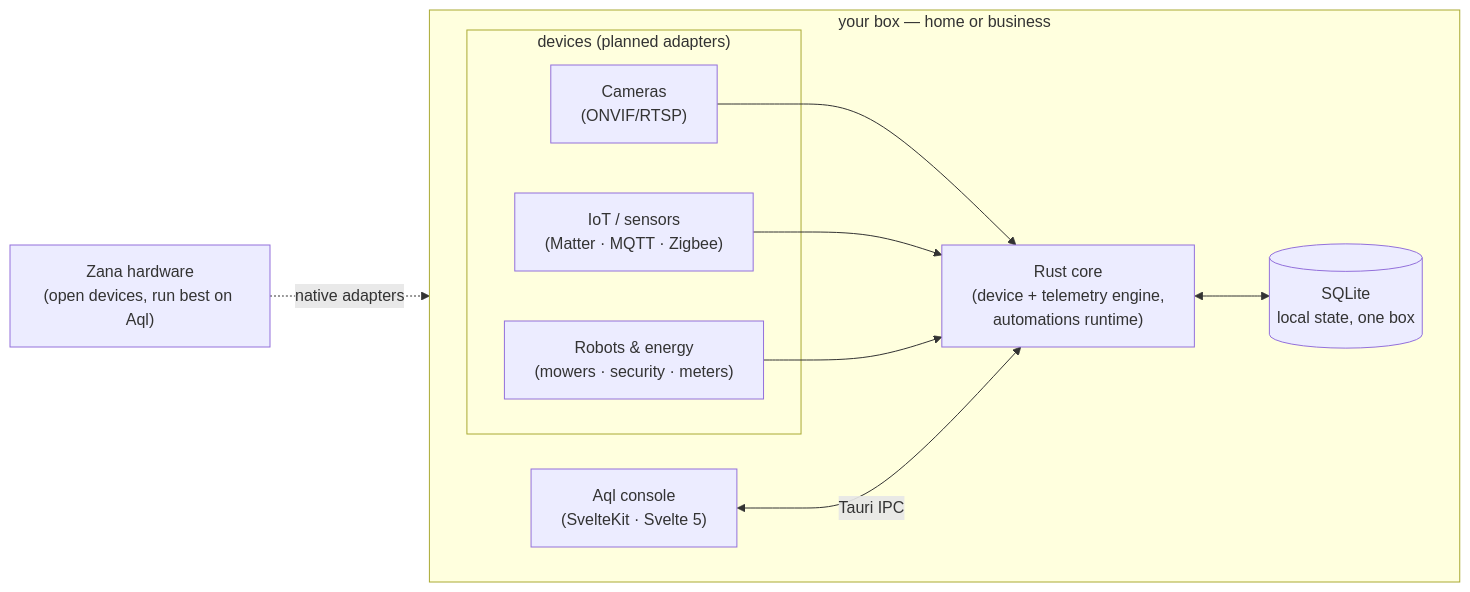
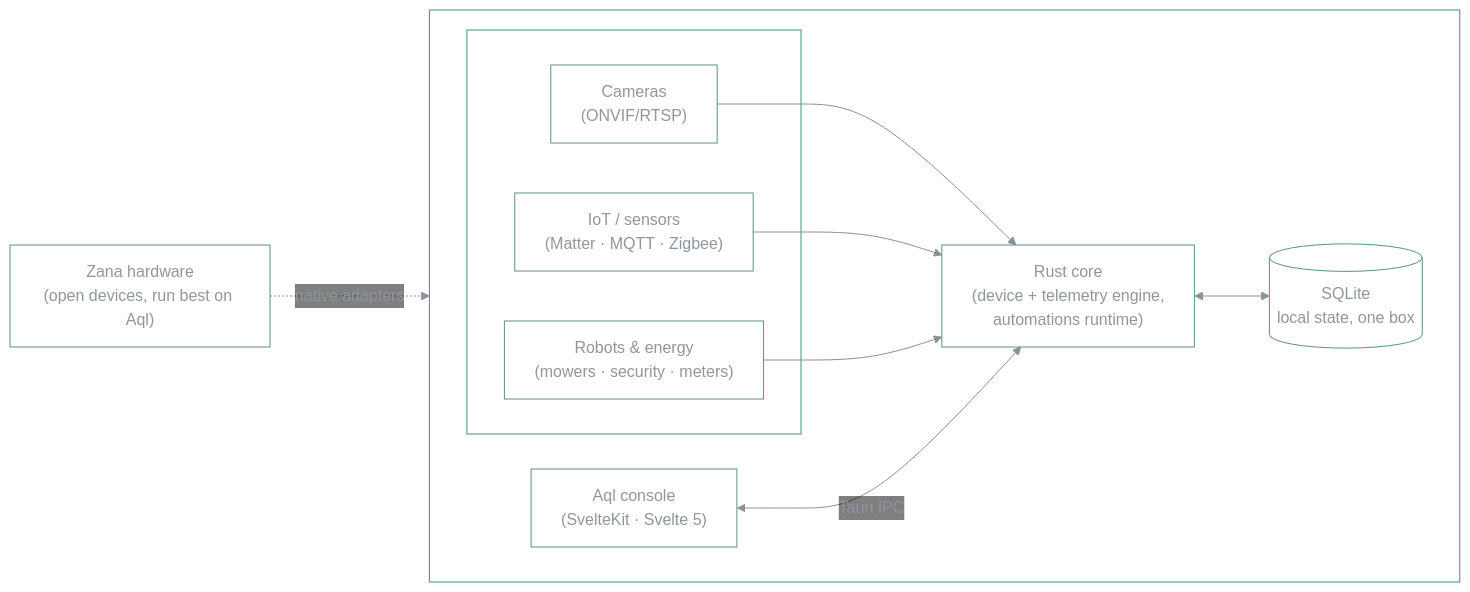
One commit to vul-os/aql changed the diagram in README.md. Above: the diagram before and after it, drawn with Mermaid.

Commit message:
readme: theme the mermaid diagrams to match the Vulos landing
Adds a base-theme init to each diagram — transparent node cards with a teal
accent border, mono type, teal edges — so the README diagrams read as one family
with vulos.org, on both GitHub light and dark.

Claude-Session: https://claude.ai/code/session_01Xhu25SUAUienj9Tf38vyVm

````diff
--- a/README.md
+++ b/README.md
@@ -111,21 +111,22 @@
 ```mermaid
+%%{init: {'theme':'base','themeVariables':{'fontFamily':'ui-monospace, SFMono-Regular, Menlo, monospace','primaryColor':'transparent','primaryBorderColor':'#14b8a6','primaryTextColor':'#8f969e','lineColor':'#8a8f98','nodeBorder':'#5f8f8a','edgeLabelBackground':'transparent','clusterBorder':'#3f8f86','clusterBkg':'transparent'}}}%%
 flowchart LR
     subgraph box["your box — home or business"]
         direction LR
         subgraph dev["devices (planned adapters)"]
             cam["Cameras<br/>(ONVIF/RTSP)"]
             iot["IoT / sensors<br/>(Matter · MQTT · Zigbee)"]
             bots["Robots &amp; energy<br/>(mowers · security · meters)"]
         end
         core["Rust core<br/>(device + telemetry engine,<br/>automations runtime)"]
         db[("SQLite<br/>local state, one box")]
         app["Aql console<br/>(SvelteKit · Svelte 5)"]
         cam --> core
         iot --> core
         bots --> core
         core <--> db
         app <-->|"Tauri IPC"| core
     end
     zana["Zana hardware<br/>(open devices, run best on Aql)"]
     zana -.->|"native adapters"| core
 ```
````
